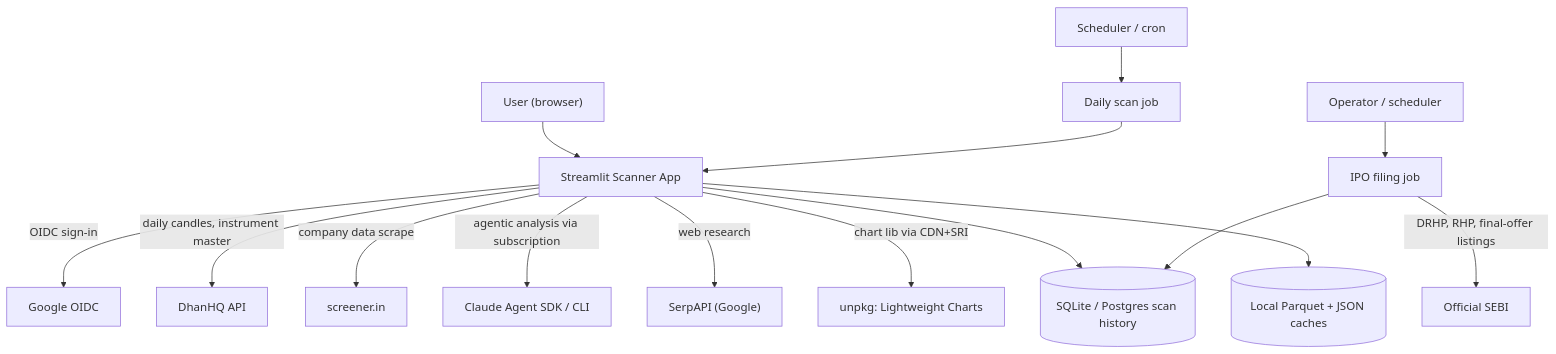
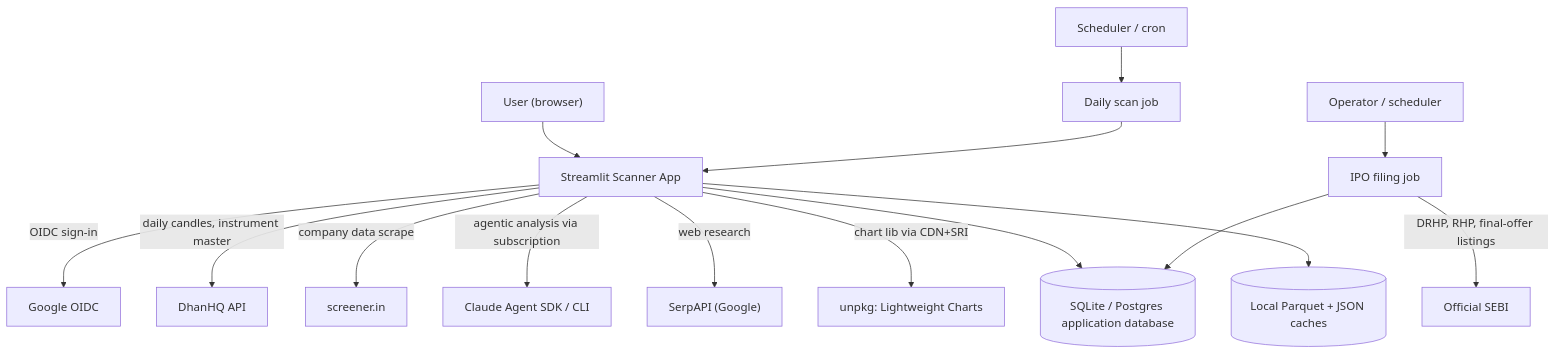
Before and after one commit to DoRmAmMu1997/Streamlit-Scanner-App: the first of 6 diagrams in docs/architecture/high-level-design.md, drawn with Mermaid. The commit also changed other lines of this file, not shown here.

Commit message:
docs: clarify IPO runtime context

````diff
--- a/docs/architecture/high-level-design.md
+++ b/docs/architecture/high-level-design.md
@@ -56,17 +56,17 @@
 ```mermaid
 flowchart TD
     User["User (browser)"] --> APP["Streamlit Scanner App"]
     Cron["Scheduler / cron"] --> JOB["Daily scan job"]
     JOB --> APP
     Operator["Operator / scheduler"] --> IPOJOB["IPO filing job"]
     IPOJOB -->|DRHP, RHP, final-offer listings| SEBI["Official SEBI"]
     APP -->|OIDC sign-in| Google["Google OIDC"]
     APP -->|daily candles, instrument master| Dhan["DhanHQ API"]
     APP -->|company data scrape| ScreenerIn["screener.in"]
     APP -->|agentic analysis via subscription| Claude["Claude Agent SDK / CLI"]
     APP -->|web research| Serp["SerpAPI (Google)"]
     APP -->|chart lib via CDN+SRI| CDN["unpkg: Lightweight Charts"]
-    APP --> DB[("SQLite / Postgres scan history")]
+    APP --> DB[("SQLite / Postgres application database")]
     IPOJOB --> DB
     APP --> Cache[("Local Parquet + JSON caches")]
 ```
````
